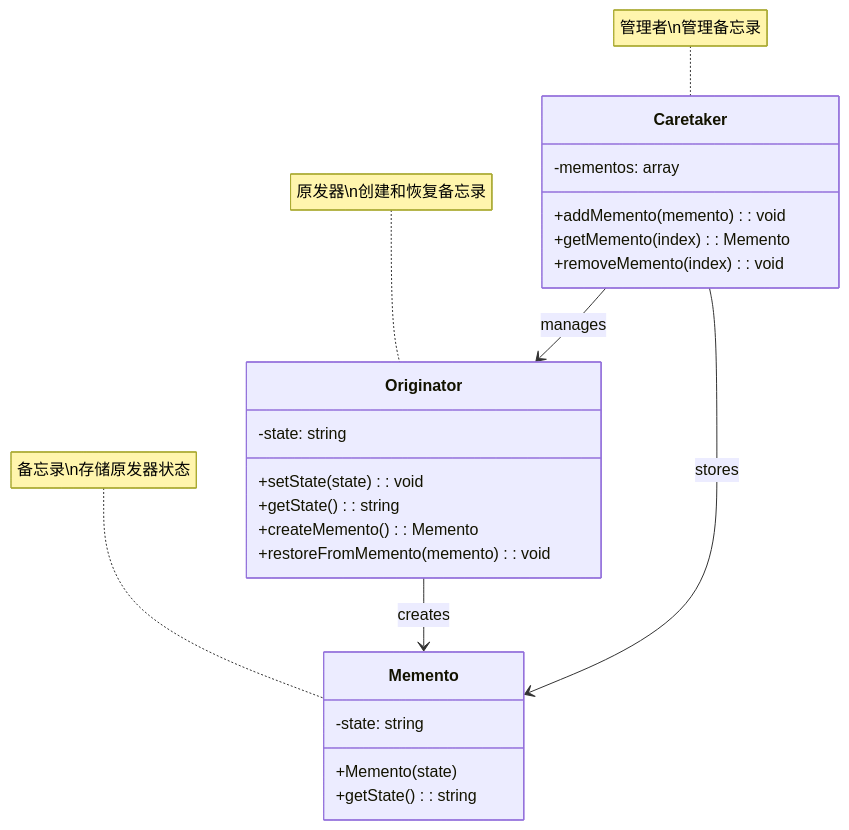
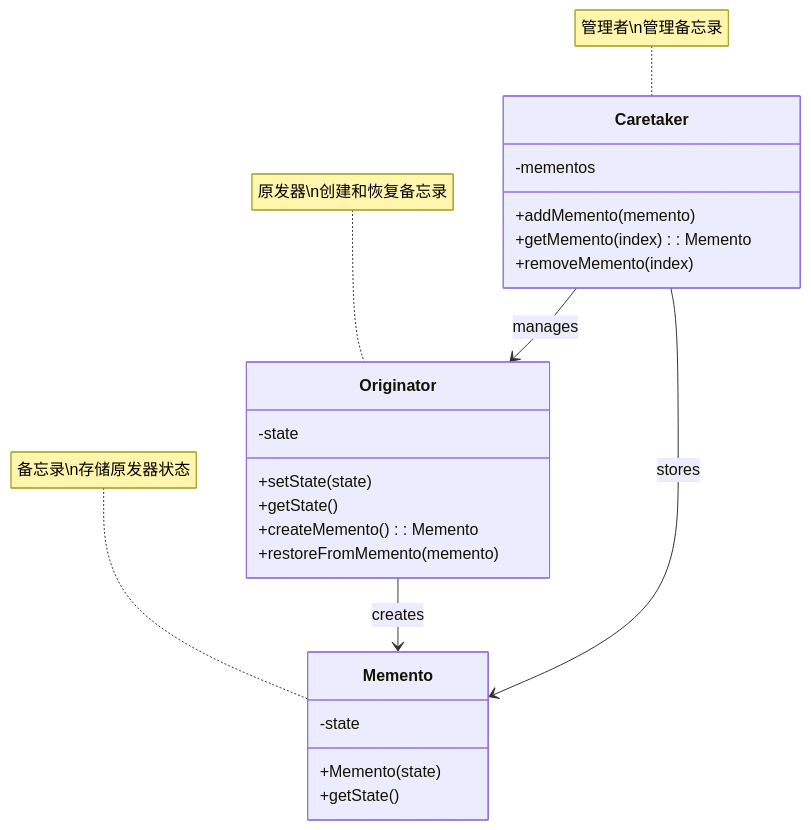
The first of 3 diagrams in resources/design-patterns/laravel/behavioral/memento_zh.md (fanly/DesignPattern), drawn with Mermaid before and after one commit. The commit also changed other lines of this file and 103 other files, not shown here.

````diff
--- a/resources/design-patterns/laravel/behavioral/memento_zh.md
+++ b/resources/design-patterns/laravel/behavioral/memento_zh.md
@@ -10,31 +10,31 @@
 ```mermaid
 classDiagram
     class Originator {
-        -state: string
-        +setState(state): void
-        +getState(): string
+        -state
+        +setState(state)
+        +getState()
         +createMemento(): Memento
-        +restoreFromMemento(memento): void
+        +restoreFromMemento(memento)
     }
     
     class Memento {
-        -state: string
+        -state
         +Memento(state)
-        +getState(): string
+        +getState()
     }
     
     class Caretaker {
-        -mementos: array
-        +addMemento(memento): void
+        -mementos
+        +addMemento(memento)
         +getMemento(index): Memento
-        +removeMemento(index): void
+        +removeMemento(index)
     }
     
     Originator --> Memento : creates
     Caretaker --> Memento : stores
     Caretaker --> Originator : manages
     
     note for Originator "原发器\n创建和恢复备忘录"
     note for Memento "备忘录\n存储原发器状态"
     note for Caretaker "管理者\n管理备忘录"
 ```
````
